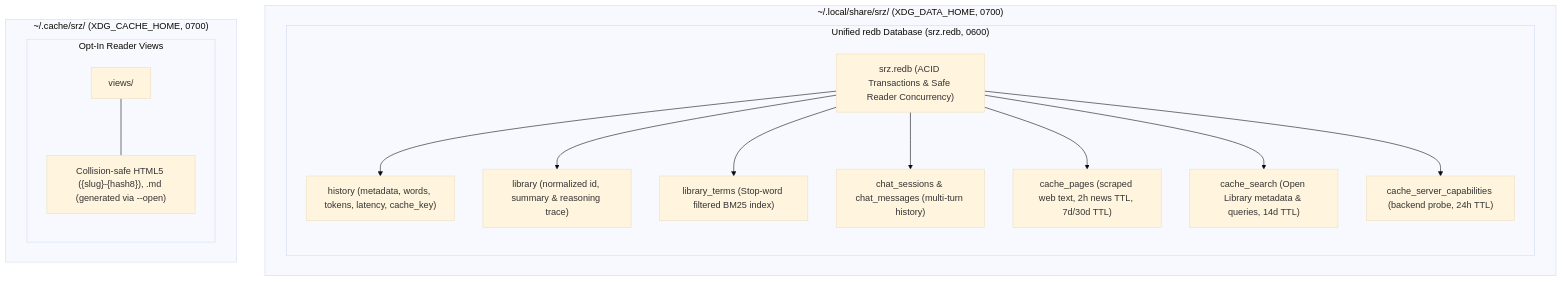
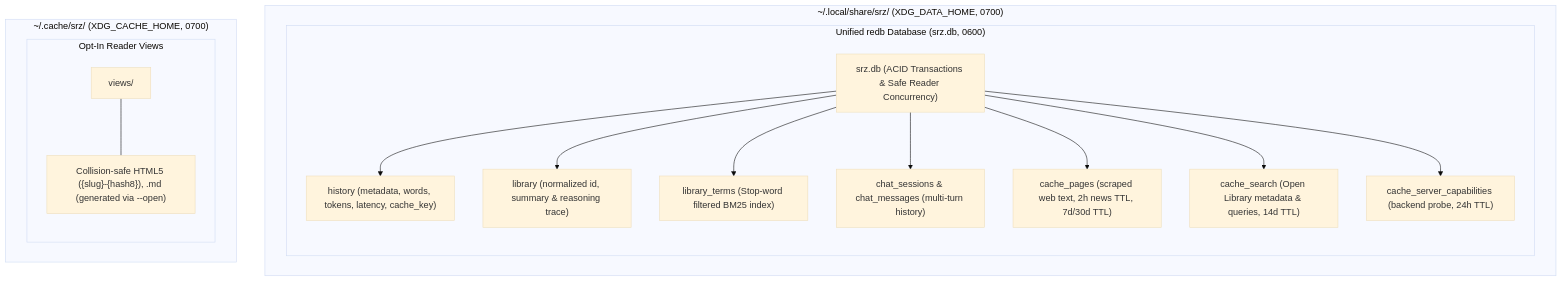
The fourth of 4 diagrams in docs/src/architecture.md (NewGuy012/srz), drawn with Mermaid (base theme) before and after one commit. The commit also changed other lines of this file and 4 other files, not shown here.

Commit message:
docs: update markdown documentation for refactored architecture

````diff
--- a/docs/src/architecture.md
+++ b/docs/src/architecture.md
@@ -255,21 +256,21 @@
 ```mermaid
 graph TD
     subgraph DataRoot["~/.local/share/srz/ (XDG_DATA_HOME, 0700)"]
-        subgraph UnifiedDB["Unified redb Database (srz.redb, 0600)"]
-            D["srz.redb (ACID Transactions & Safe Reader Concurrency)"]
+        subgraph UnifiedDB["Unified redb Database (srz.db, 0600)"]
+            D["srz.db (ACID Transactions & Safe Reader Concurrency)"]
             D --> T1["history (metadata, words, tokens, latency, cache_key)"]
             D --> T2["library (normalized id, summary & reasoning trace)"]
             D --> T3["library_terms (Stop-word filtered BM25 index)"]
             D --> T4["chat_sessions & chat_messages (multi-turn history)"]
             D --> T5["cache_pages (scraped web text, 2h news TTL, 7d/30d TTL)"]
             D --> T6["cache_search (Open Library metadata & queries, 14d TTL)"]
             D --> T7["cache_server_capabilities (backend probe, 24h TTL)"]
         end
     end
 
     subgraph CacheRoot["~/.cache/srz/ (XDG_CACHE_HOME, 0700)"]
         subgraph ViewsDir["Opt-In Reader Views"]
             V["views/"] --- V_desc["Collision-safe HTML5 ({slug}-{hash8}), .md (generated via --open)"]
         end
     end
 ```
````
